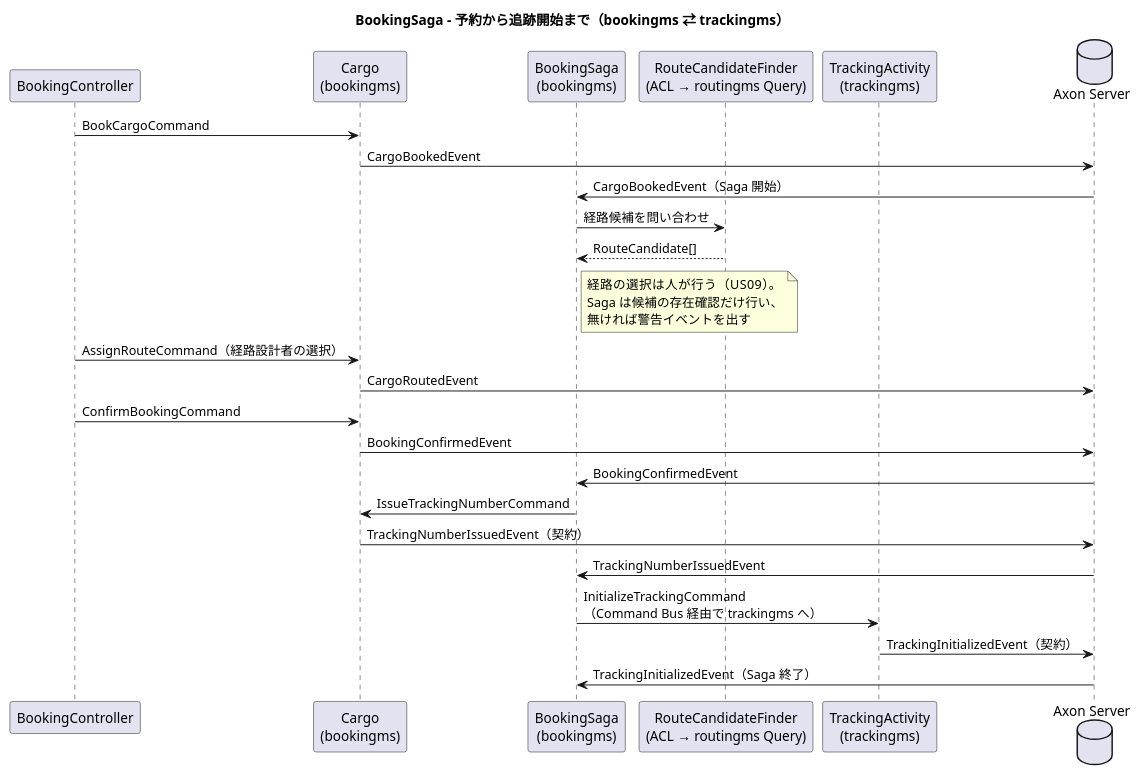
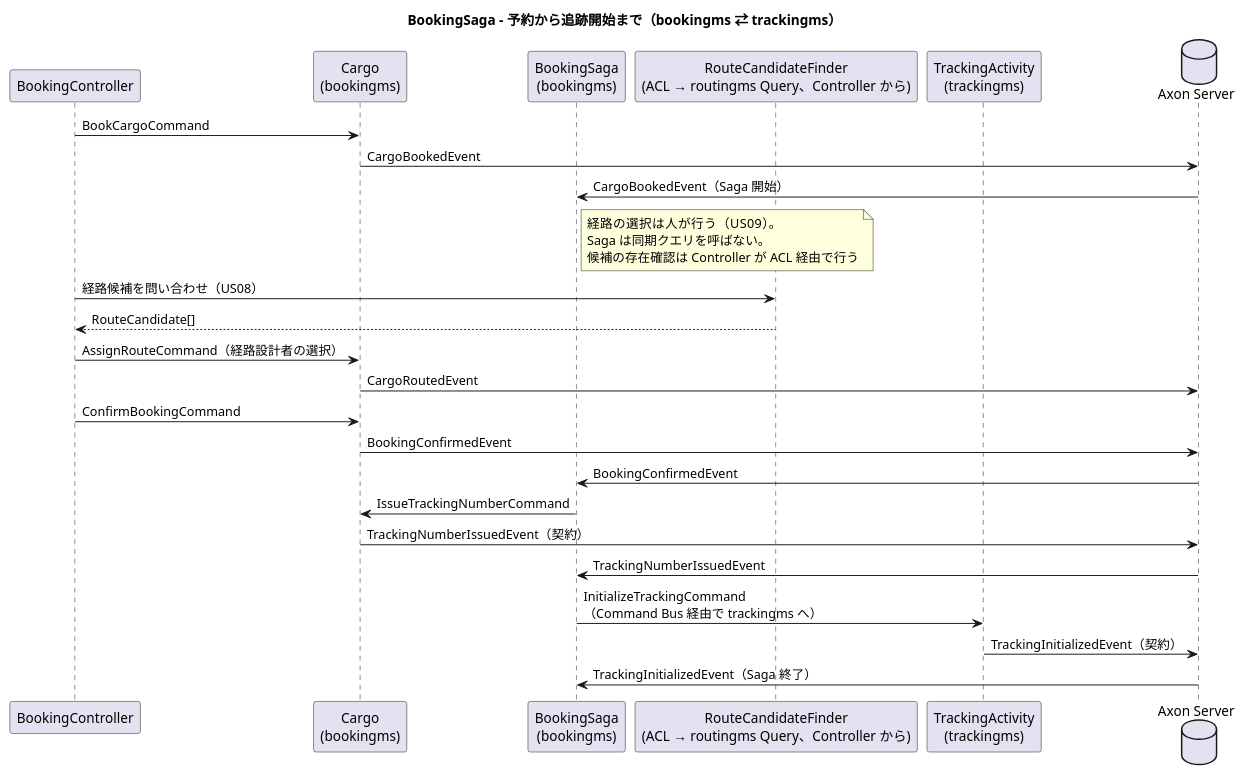
Before and after one commit to k2works/case-study-cargo-tracker: the fifth of 5 diagrams in docs/design/cargo-tracker/architecture_backend.md, drawn with PlantUML. The commit also changed other lines of this file and 18 other files, not shown here.

````diff
--- a/docs/design/cargo-tracker/architecture_backend.md
+++ b/docs/design/cargo-tracker/architecture_backend.md
@@ -650,30 +739,30 @@
 ```plantuml
 @startuml
 title BookingSaga - 予約から追跡開始まで（bookingms ⇄ trackingms）
 
 participant "BookingController" as ctrl
 participant "Cargo\n(bookingms)" as cargo
 participant "BookingSaga\n(bookingms)" as saga
-participant "RouteCandidateFinder\n(ACL → routingms Query)" as acl
+participant "RouteCandidateFinder\n(ACL → routingms Query、Controller から)" as acl
 participant "TrackingActivity\n(trackingms)" as tracking
 database "Axon Server" as es
 
 ctrl -> cargo : BookCargoCommand
 cargo -> es : CargoBookedEvent
 es -> saga : CargoBookedEvent（Saga 開始）
-saga -> acl : 経路候補を問い合わせ
-acl --> saga : RouteCandidate[]
-note right of saga : 経路の選択は人が行う（US09）。\nSaga は候補の存在確認だけ行い、\n無ければ警告イベントを出す
+note right of saga : 経路の選択は人が行う（US09）。\nSaga は同期クエリを呼ばない。\n候補の存在確認は Controller が ACL 経由で行う
+ctrl -> acl : 経路候補を問い合わせ（US08）
+acl --> ctrl : RouteCandidate[]
 ctrl -> cargo : AssignRouteCommand（経路設計者の選択）
 cargo -> es : CargoRoutedEvent
 ctrl -> cargo : ConfirmBookingCommand
 cargo -> es : BookingConfirmedEvent
 es -> saga : BookingConfirmedEvent
 saga -> cargo : IssueTrackingNumberCommand
 cargo -> es : TrackingNumberIssuedEvent（契約）
 es -> saga : TrackingNumberIssuedEvent
 saga -> tracking : InitializeTrackingCommand\n（Command Bus 経由で trackingms へ）
 tracking -> es : TrackingInitializedEvent（契約）
 es -> saga : TrackingInitializedEvent（Saga 終了）
 @enduml
 ```
````
